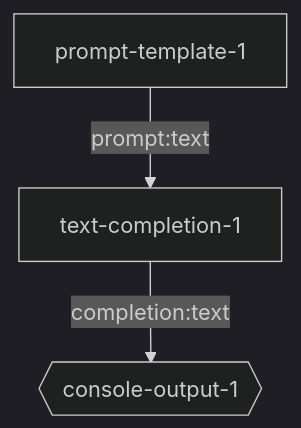
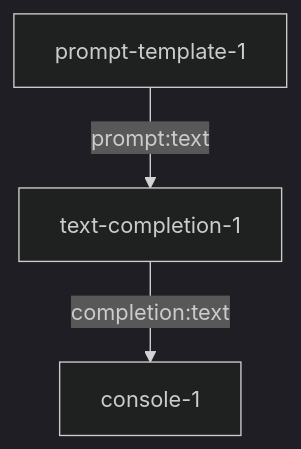
Before and after one commit to breadboard-ai/breadboard: the diagram in seeds/graph-playground/docs/graphs/auto-simple-prompt.md, drawn with Mermaid (dark theme). The commit also changed 22 other files, not shown here.

First line of the commit message:
[graph-playground] Renaming input and output.

````diff
--- a/seeds/graph-playground/docs/graphs/auto-simple-prompt.md
+++ b/seeds/graph-playground/docs/graphs/auto-simple-prompt.md
@@ -4,5 +4,5 @@
 ```mermaid
 graph TD;
 prompt-template-1 -- prompt:text --> text-completion-1
-text-completion-1 -- completion:text --> console-output-1{{console-output-1}}
+text-completion-1 -- completion:text --> console-1
 ```
````
